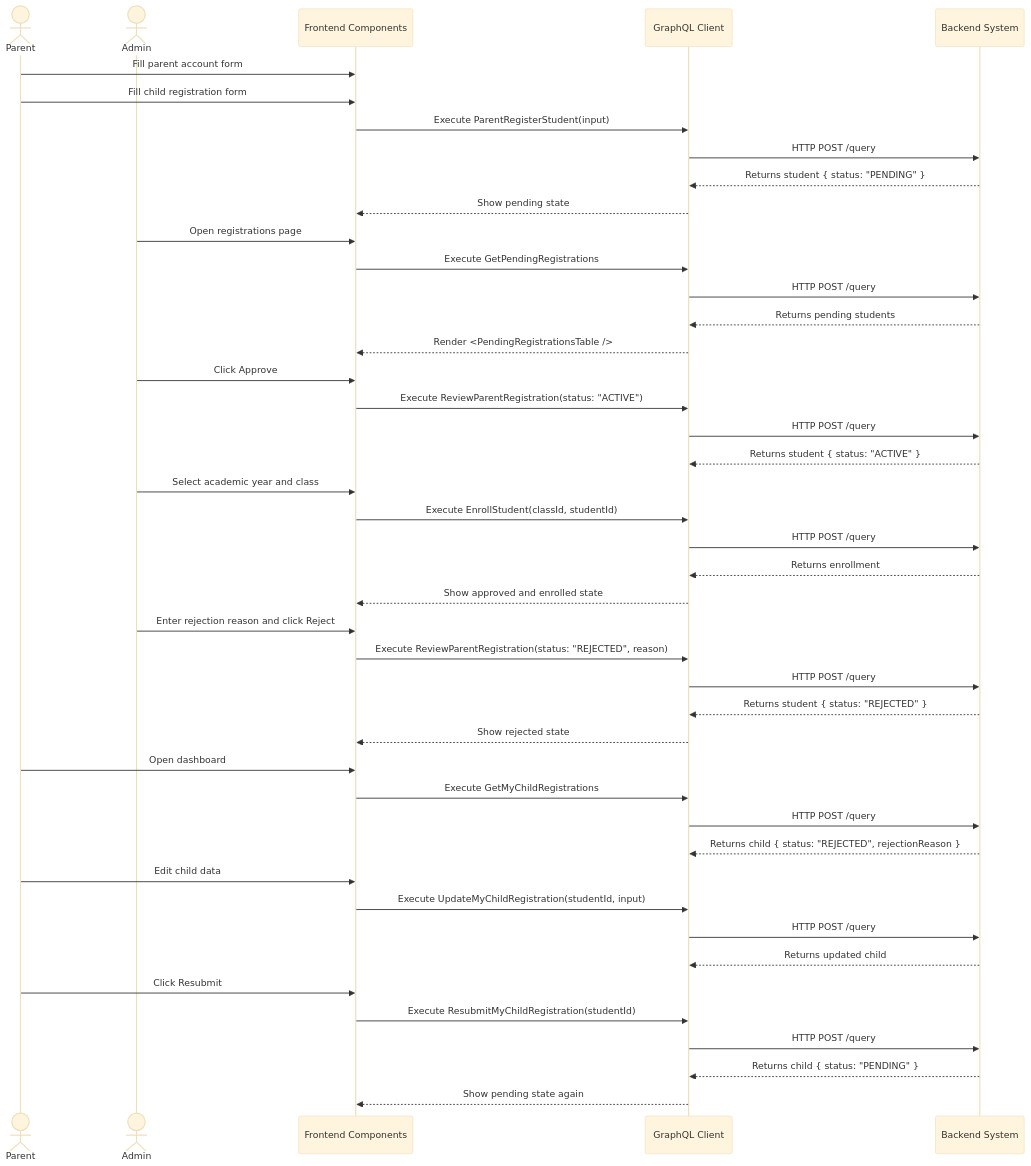
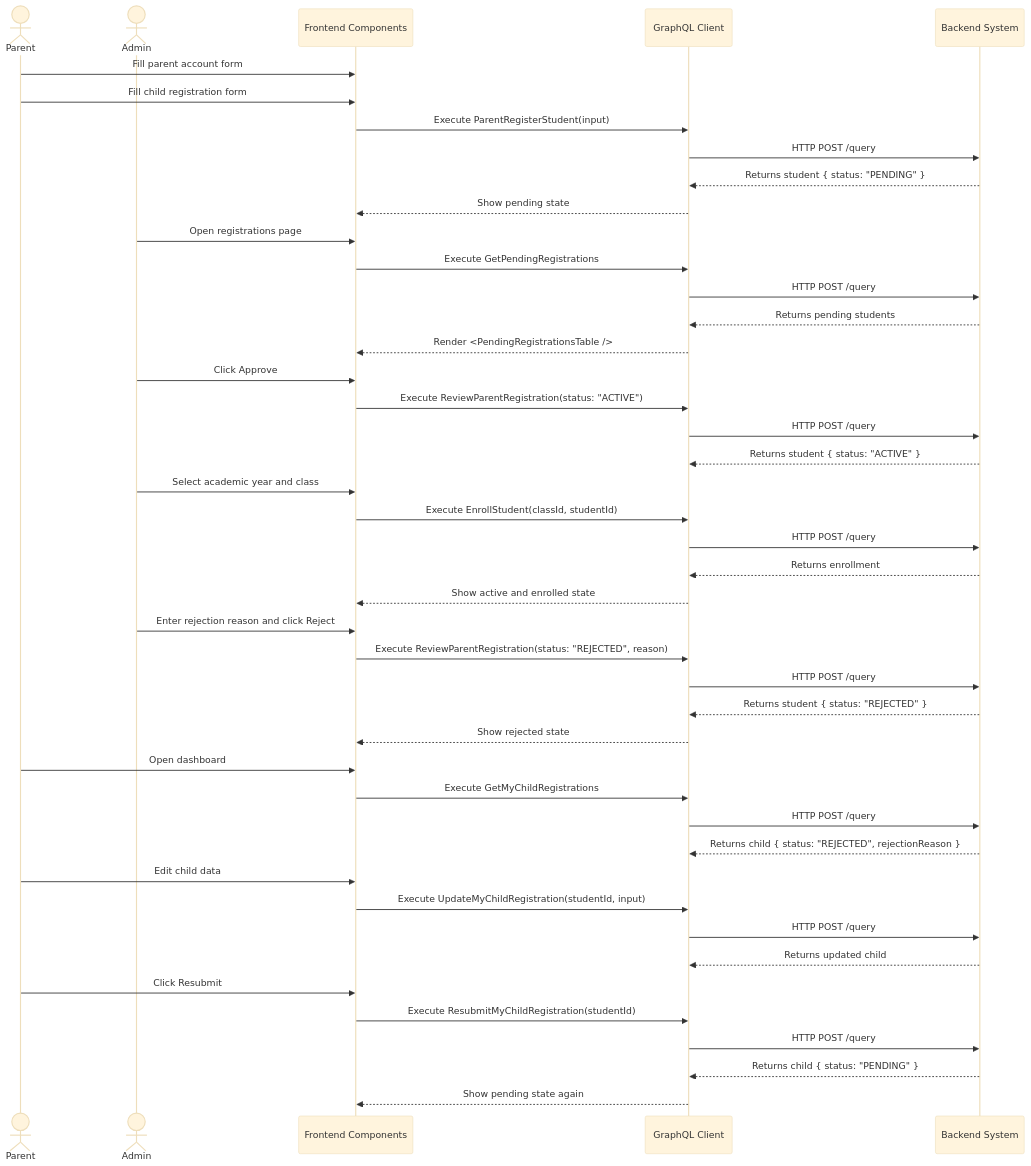
One commit to iftikharfadjar/docs-kindergarten-mgt changed the diagram in docs/workflow/parent-self-service-registration(low).md. Above: the diagram before and after it, drawn with Mermaid (base theme). The commit also changed other lines of this file and 34 other files, not shown here.

````diff
--- a/docs/workflow/parent-self-service-registration(low).md
+++ b/docs/workflow/parent-self-service-registration(low).md
@@ -297,56 +297,56 @@
 ```mermaid
 sequenceDiagram
     actor Parent
     actor Admin
     participant UI as Frontend Components
     participant GQL as GraphQL Client
     participant API as Backend System
 
     %% Register
     Parent->>UI: Fill parent account form
     Parent->>UI: Fill child registration form
     UI->>GQL: Execute ParentRegisterStudent(input)
     GQL->>API: HTTP POST /query
     API-->>GQL: Returns student { status: "PENDING" }
     GQL-->>UI: Show pending state
 
     %% Admin Review List
     Admin->>UI: Open registrations page
     UI->>GQL: Execute GetPendingRegistrations
     GQL->>API: HTTP POST /query
     API-->>GQL: Returns pending students
     GQL-->>UI: Render <PendingRegistrationsTable />
 
     %% Approve Path
     Admin->>UI: Click Approve
     UI->>GQL: Execute ReviewParentRegistration(status: "ACTIVE")
     GQL->>API: HTTP POST /query
     API-->>GQL: Returns student { status: "ACTIVE" }
     Admin->>UI: Select academic year and class
     UI->>GQL: Execute EnrollStudent(classId, studentId)
     GQL->>API: HTTP POST /query
     API-->>GQL: Returns enrollment
-    GQL-->>UI: Show approved and enrolled state
+    GQL-->>UI: Show active and enrolled state
 
     %% Reject Path
     Admin->>UI: Enter rejection reason and click Reject
     UI->>GQL: Execute ReviewParentRegistration(status: "REJECTED", reason)
     GQL->>API: HTTP POST /query
     API-->>GQL: Returns student { status: "REJECTED" }
     GQL-->>UI: Show rejected state
 
     %% Parent Resubmit Path
     Parent->>UI: Open dashboard
     UI->>GQL: Execute GetMyChildRegistrations
     GQL->>API: HTTP POST /query
     API-->>GQL: Returns child { status: "REJECTED", rejectionReason }
     Parent->>UI: Edit child data
     UI->>GQL: Execute UpdateMyChildRegistration(studentId, input)
     GQL->>API: HTTP POST /query
     API-->>GQL: Returns updated child
     Parent->>UI: Click Resubmit
     UI->>GQL: Execute ResubmitMyChildRegistration(studentId)
     GQL->>API: HTTP POST /query
     API-->>GQL: Returns child { status: "PENDING" }
     GQL-->>UI: Show pending state again
 ```
````
